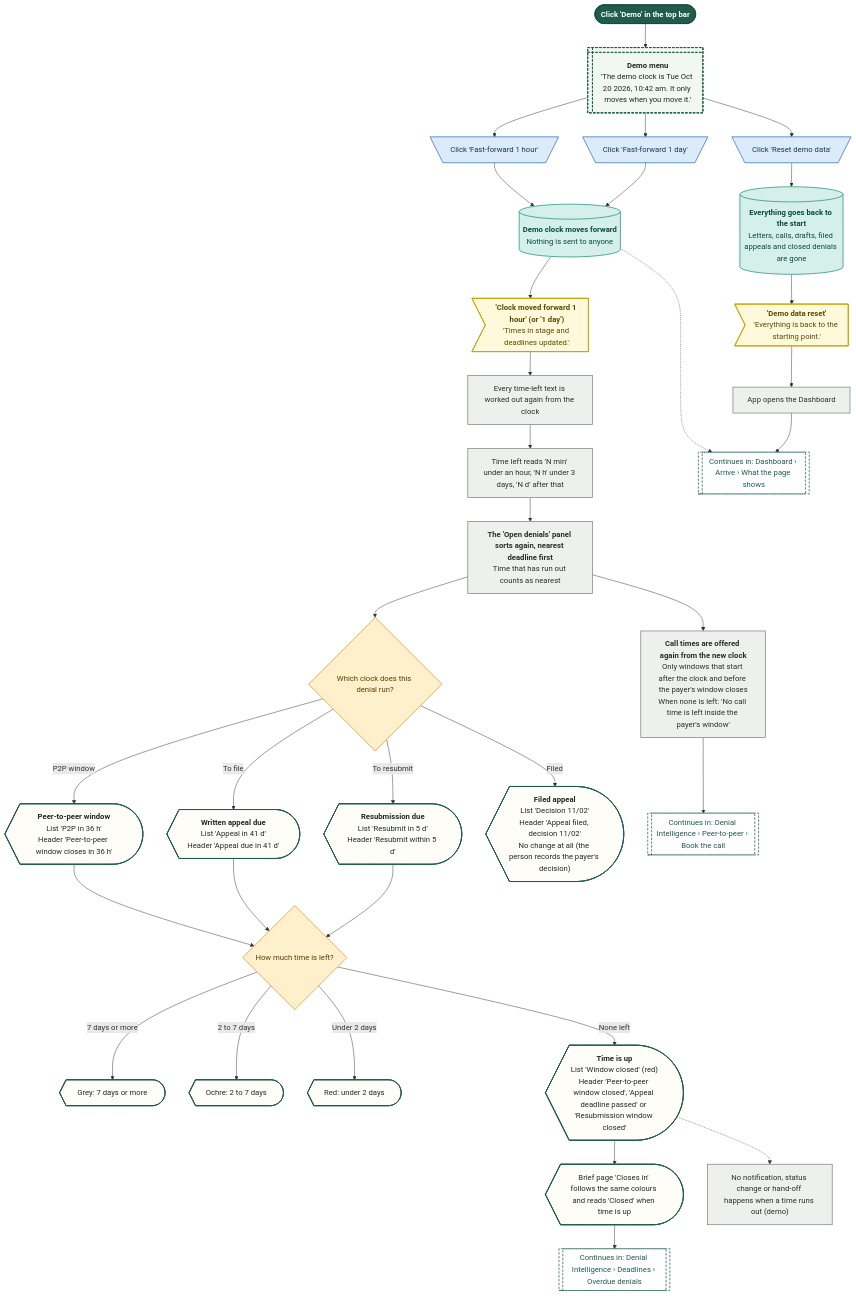
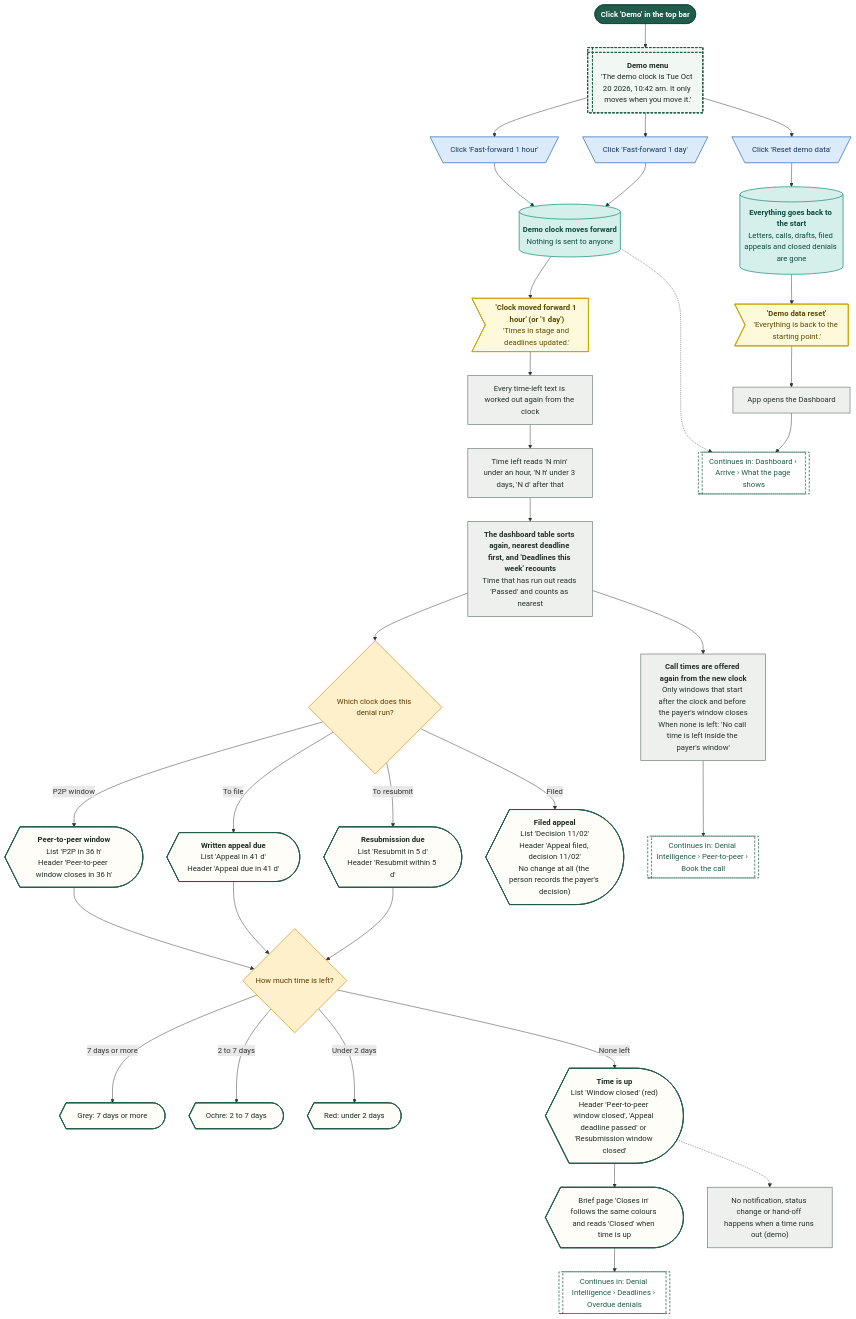
Diagram 23 of 28 in demos/prior-auth-demo/workflows/out/md/06-denials.md (Shrav143/psyfloapp), drawn with Mermaid before and after one commit. The commit also changed other lines of this file and 202 other files, not shown here.

First line of the commit message:
docs: round 6 README, CONVENTIONS, spec section 17, diagram module blurbs and 336 rebuilt diagrams

````diff
--- a/demos/prior-auth-demo/workflows/out/md/06-denials.md
+++ b/demos/prior-auth-demo/workflows/out/md/06-denials.md
@@ -1823,80 +1699,80 @@
 ```mermaid
 %%{init: {"theme":"base","themeVariables":{"fontFamily":"'DM Sans', 'Segoe UI', system-ui, sans-serif","fontSize":"15px","lineColor":"#5B6B63","primaryTextColor":"#1C2B25","clusterBkg":"#FBF8F3","clusterBorder":"#D9CDBB","edgeLabelBackground":"#FFFFFF"},"flowchart":{"curve":"basis","nodeSpacing":36,"rankSpacing":48,"padding":12,"htmlLabels":true,"useMaxWidth":false,"wrappingWidth":230}} }%%
 flowchart TD
   classDef k_start fill:#1F5C4B,stroke:#174638,color:#FFFFFF,stroke-width:1.5px,font-weight:600
   classDef k_end fill:#DDEFE3,stroke:#2E7D4F,color:#14502F,stroke-width:1.5px,font-weight:600
   classDef k_endx fill:#FBE3E0,stroke:#C0392B,color:#7A1F16,stroke-width:1.5px,font-weight:600
   classDef k_screen fill:#FFFDF8,stroke:#1F5C4B,color:#1C2B25,stroke-width:2px
   classDef k_overlay fill:#F1F7F3,stroke:#1F5C4B,color:#1C2B25,stroke-width:2px,stroke-dasharray:5 3
   classDef k_click fill:#DCEBFA,stroke:#2F6DB5,color:#12365F,stroke-width:1.5px
   classDef k_input fill:#E4E7FF,stroke:#4C5FD5,color:#1D2670,stroke-width:1.5px
   classDef k_process fill:#EEF0EE,stroke:#7A857F,color:#26302B,stroke-width:1.5px
   classDef k_agent fill:#EEE5FA,stroke:#7A4FC2,color:#341A63,stroke-width:1.5px
   classDef k_decision fill:#FFF0CC,stroke:#D9962B,color:#5C3B00,stroke-width:1.5px
   classDef k_store fill:#D5F0EA,stroke:#1C8E7B,color:#0B4A3F,stroke-width:1.5px
   classDef k_doc fill:#F6E9DC,stroke:#B07A4C,color:#4A2E14,stroke-width:1.5px
   classDef k_ext fill:#FFE6D2,stroke:#E07B39,color:#6B2F06,stroke-width:1.5px
   classDef k_wait fill:#E4E8EE,stroke:#6B7C93,color:#26303D,stroke-width:1.5px
   classDef k_toast fill:#FFF9DB,stroke:#C9A400,color:#5A4A00,stroke-width:1.5px
   classDef k_goto fill:#FFFFFF,stroke:#1F5C4B,color:#1F5C4B,stroke-width:1.5px,stroke-dasharray:5 3
   s1@{ shape: stadium, label: "Click 'Demo' in the top bar" }
   o1@{ shape: win-pane, label: "<b>Demo menu</b><br/>'The demo clock is Tue Oct 20 2026, 10:42 am. It only moves when you move it.'" }
   c1@{ shape: trap-t, label: "Click 'Fast-forward 1 hour'" }
   c2@{ shape: trap-t, label: "Click 'Fast-forward 1 day'" }
   st1@{ shape: cyl, label: "<b>Demo clock moves forward</b><br/>Nothing is sent to anyone" }
   t1@{ shape: odd, label: "<b>'Clock moved forward 1 hour' (or '1 day')</b><br/>'Times in stage and deadlines updated.'" }
   p1@{ shape: rect, label: "Every time-left text is worked out again from the clock" }
   p2@{ shape: rect, label: "Time left reads 'N min' under an hour, 'N h' under 3 days, 'N d' after that" }
-  p3@{ shape: rect, label: "<b>The 'Open denials' panel sorts again, nearest deadline first</b><br/>Time that has run out counts as nearest" }
+  p3@{ shape: rect, label: "<b>The dashboard table sorts again, nearest deadline first, and 'Deadlines this week' recounts</b><br/>Time that has run out reads 'Passed' and counts as nearest" }
   d1@{ shape: diam, label: "Which clock does this denial run?" }
   k1@{ shape: curv-trap, label: "<b>Peer-to-peer window</b><br/>List 'P2P in 36 h'<br/>Header 'Peer-to-peer window closes in 36 h'" }
   k2@{ shape: curv-trap, label: "<b>Written appeal due</b><br/>List 'Appeal in 41 d'<br/>Header 'Appeal due in 41 d'" }
   k3@{ shape: curv-trap, label: "<b>Resubmission due</b><br/>List 'Resubmit in 5 d'<br/>Header 'Resubmit within 5 d'" }
   k4@{ shape: curv-trap, label: "<b>Filed appeal</b><br/>List 'Decision 11/02'<br/>Header 'Appeal filed, decision 11/02'<br/>No change at all (the person records the payer's decision)" }
   d2@{ shape: diam, label: "How much time is left?" }
   m1@{ shape: curv-trap, label: "Grey: 7 days or more" }
   m2@{ shape: curv-trap, label: "Ochre: 2 to 7 days" }
   m3@{ shape: curv-trap, label: "Red: under 2 days" }
   m4@{ shape: curv-trap, label: "<b>Time is up</b><br/>List 'Window closed' (red)<br/>Header 'Peer-to-peer window closed', 'Appeal deadline passed' or 'Resubmission window closed'" }
   m5@{ shape: curv-trap, label: "Brief page 'Closes in' follows the same colours and reads 'Closed' when time is up" }
   g1@{ shape: subproc, label: "Continues in: Denial Intelligence › Deadlines › Overdue denials" }
   p6@{ shape: rect, label: "<b>Call times are offered again from the new clock</b><br/>Only windows that start after the clock and before the payer's window closes<br/>When none is left: 'No call time is left inside the payer's window'" }
   g3@{ shape: subproc, label: "Continues in: Denial Intelligence › Peer-to-peer › Book the call" }
   g2@{ shape: subproc, label: "Continues in: Dashboard › Arrive › What the page shows" }
   p4@{ shape: rect, label: "No notification, status change or hand-off happens when a time runs out (demo)" }
   c3@{ shape: trap-t, label: "Click 'Reset demo data'" }
   st2@{ shape: cyl, label: "<b>Everything goes back to the start</b><br/>Letters, calls, drafts, filed appeals and closed denials are gone" }
   t2@{ shape: odd, label: "<b>'Demo data reset'</b><br/>'Everything is back to the starting point.'" }
   p5@{ shape: rect, label: "App opens the Dashboard" }
   s1 --> o1 --> c1
   o1 --> c2
   c1 --> st1
   c2 --> st1
   st1 --> t1 --> p1 --> p2 --> p3
   p3 --> d1
   d1 -->|"P2P window"| k1
   d1 -->|"To file"| k2
   d1 -->|"To resubmit"| k3
   d1 -->|"Filed"| k4
   k1 --> d2
   k2 --> d2
   k3 --> d2
   d2 -->|"7 days or more"| m1
   d2 -->|"2 to 7 days"| m2
   d2 -->|"Under 2 days"| m3
   d2 -->|"None left"| m4
   m4 --> m5 --> g1
   m4 -.-> p4
   st1 -.-> g2
   p3 --> p6 --> g3
   o1 --> c3 --> st2 --> t2 --> p5 --> g2
   class s1 k_start
   class o1 k_overlay
   class c1,c2,c3 k_click
   class st1,st2 k_store
   class t1,t2 k_toast
   class p1,p2,p3,p6,p4,p5 k_process
   class d1,d2 k_decision
   class k1,k2,k3,k4,m1,m2,m3,m4,m5 k_screen
   class g1,g3,g2 k_goto
 ```
````
